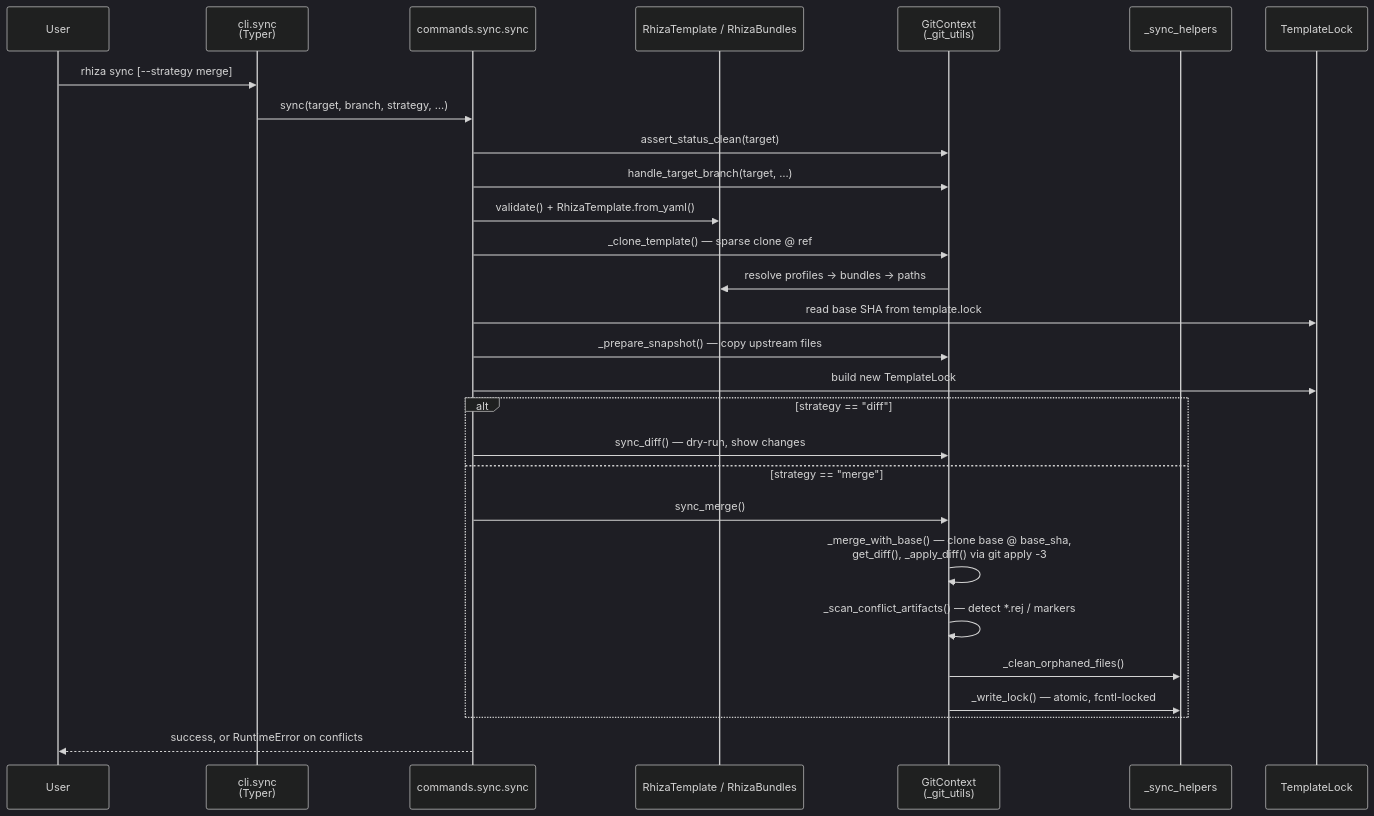
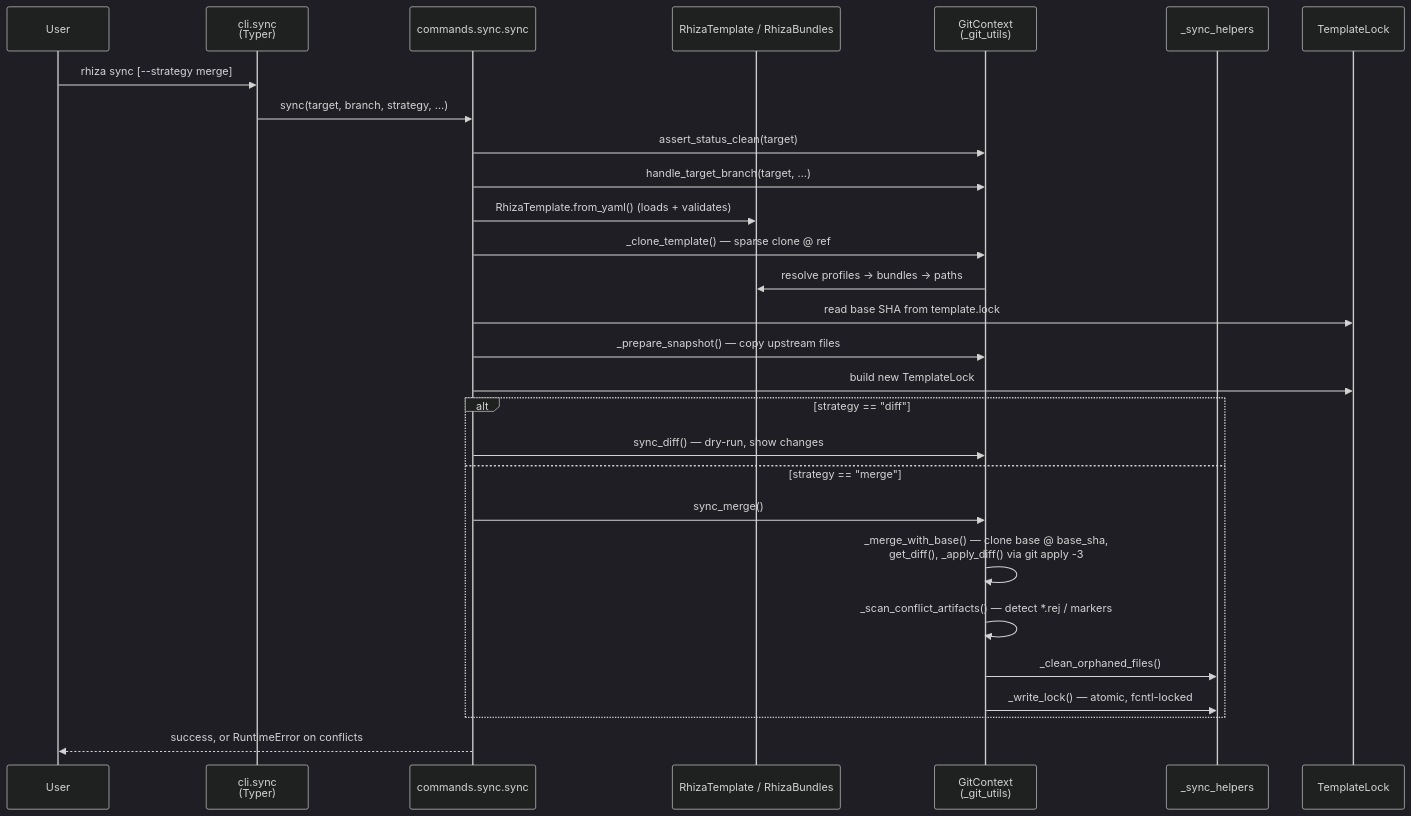
The diagram in docs/architecture.md (Jebel-Quant/rhiza-cli), drawn with Mermaid (dark theme) before and after one commit. The commit also changed other lines of this file and 29 other files, not shown here.

````diff
--- a/docs/architecture.md
+++ b/docs/architecture.md
@@ -47,31 +41,31 @@
 ```mermaid
 sequenceDiagram
     participant U as User
     participant CLI as cli.sync<br/>(Typer)
     participant Cmd as commands.sync.sync
     participant T as RhizaTemplate / RhizaBundles
     participant G as GitContext<br/>(_git_utils)
     participant H as _sync_helpers
     participant L as TemplateLock
 
     U->>CLI: rhiza sync [--strategy merge]
     CLI->>Cmd: sync(target, branch, strategy, …)
     Cmd->>G: assert_status_clean(target)
     Cmd->>G: handle_target_branch(target, …)
-    Cmd->>T: validate() + RhizaTemplate.from_yaml()
+    Cmd->>T: RhizaTemplate.from_yaml() (loads + validates)
     Cmd->>G: _clone_template() — sparse clone @ ref
     G->>T: resolve profiles → bundles → paths
     Cmd->>L: read base SHA from template.lock
     Cmd->>G: _prepare_snapshot() — copy upstream files
     Cmd->>L: build new TemplateLock
     alt strategy == "diff"
         Cmd->>G: sync_diff() — dry-run, show changes
     else strategy == "merge"
         Cmd->>G: sync_merge()
         G->>G: _merge_with_base() — clone base @ base_sha,<br/>get_diff(), _apply_diff() via git apply -3
         G->>G: _scan_conflict_artifacts() — detect *.rej / markers
         G->>H: _clean_orphaned_files()
         G->>H: _write_lock() — atomic, fcntl-locked
     end
     Cmd-->>U: success, or RuntimeError on conflicts
 ```
````
